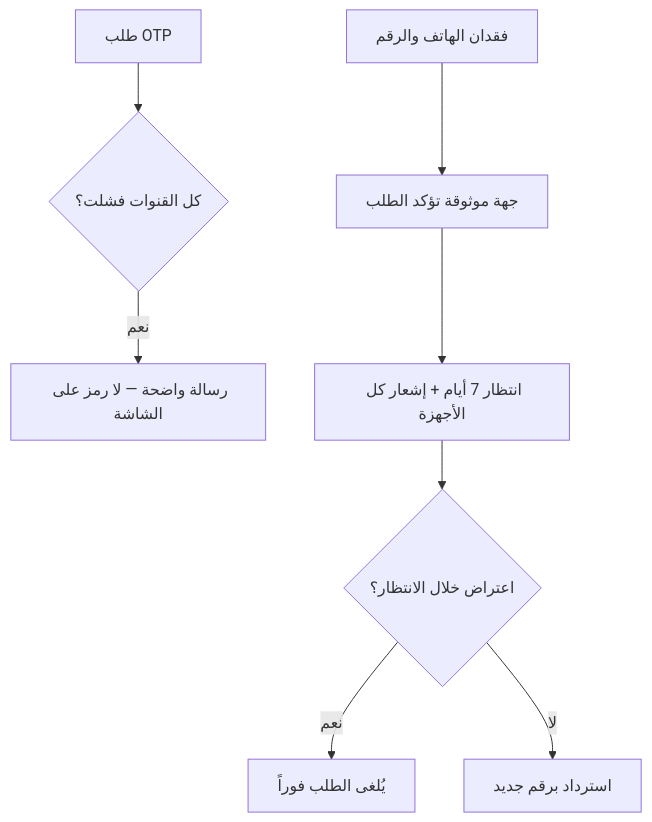
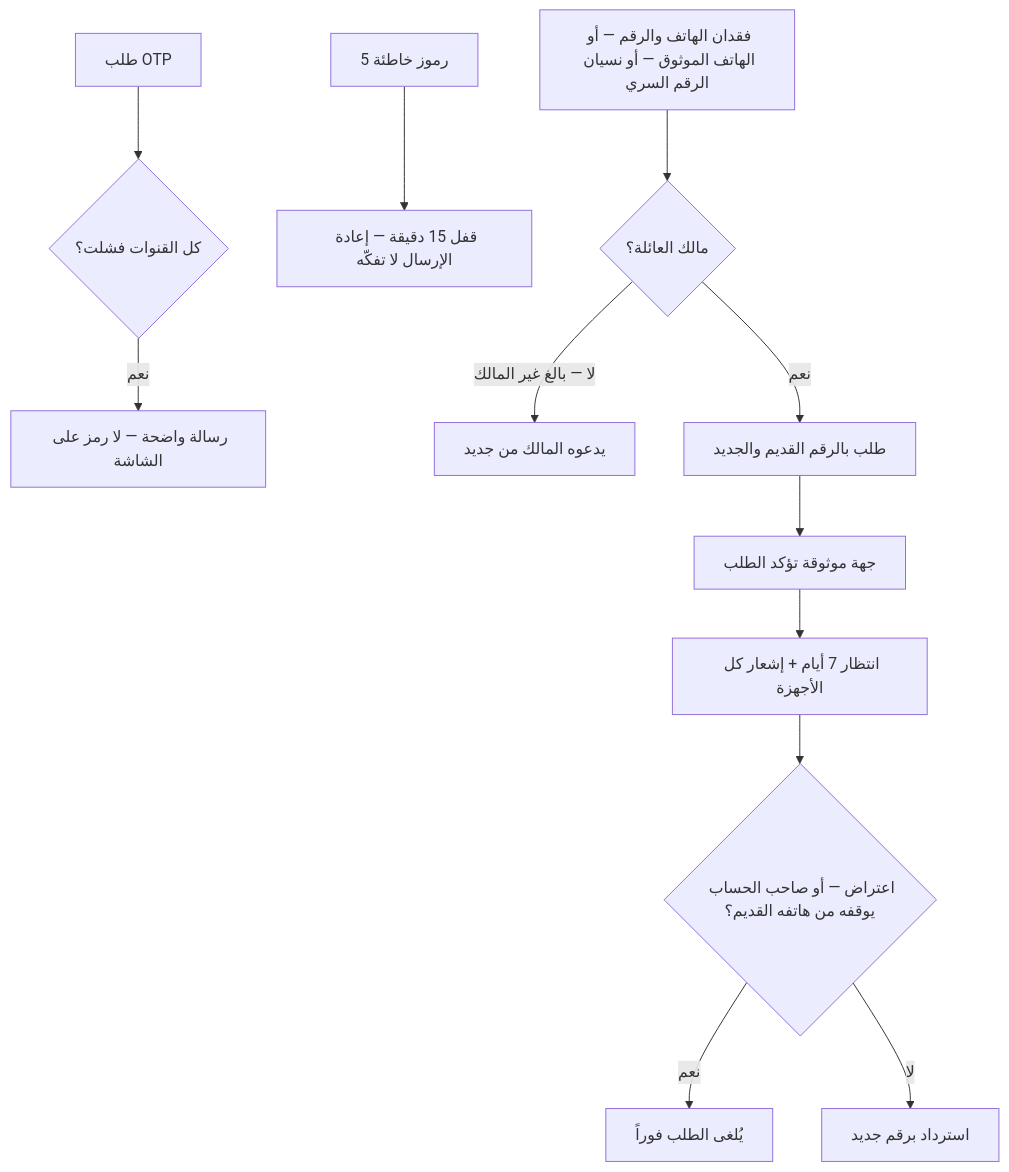
Before and after one commit to Bassam-mohammed-alqaeadi/family-os-v2: the third of 5 diagrams in docs/family-os/governance/phases/phase-1/S1-02-identity-and-onboarding/SPEC.md, drawn with Mermaid. The commit also changed other lines of this file and 13 other files, not shown here.

````diff
--- a/docs/family-os/governance/phases/phase-1/S1-02-identity-and-onboarding/SPEC.md
+++ b/docs/family-os/governance/phases/phase-1/S1-02-identity-and-onboarding/SPEC.md
@@ -216,10 +218,14 @@
 ```mermaid
 flowchart TD
     OTP2[طلب OTP] --> Fail{كل القنوات فشلت؟}
     Fail -->|نعم| Msg[رسالة واضحة — لا رمز على الشاشة]
-    Lost[فقدان الهاتف والرقم] --> Contact[جهة موثوقة تؤكد الطلب]
+    Locked[5 رموز خاطئة] --> L15[قفل 15 دقيقة — إعادة الإرسال لا تفكّه]
+    Lost[فقدان الهاتف والرقم — أو الهاتف الموثوق — أو نسيان الرقم السري] --> Who{مالك العائلة؟}
+    Who -->|لا — بالغ غير المالك| Reinvite[يدعوه المالك من جديد]
+    Who -->|نعم| ReqR[طلب بالرقم القديم والجديد]
+    ReqR --> Contact[جهة موثوقة تؤكد الطلب]
     Contact --> Wait[انتظار 7 أيام + إشعار كل الأجهزة]
-    Wait --> Obj{اعتراض خلال الانتظار؟}
+    Wait --> Obj{اعتراض — أو صاحب الحساب يوقفه من هاتفه القديم؟}
     Obj -->|نعم| Cancel[يُلغى الطلب فوراً]
     Obj -->|لا| Rec[استرداد برقم جديد]
 ```
````
